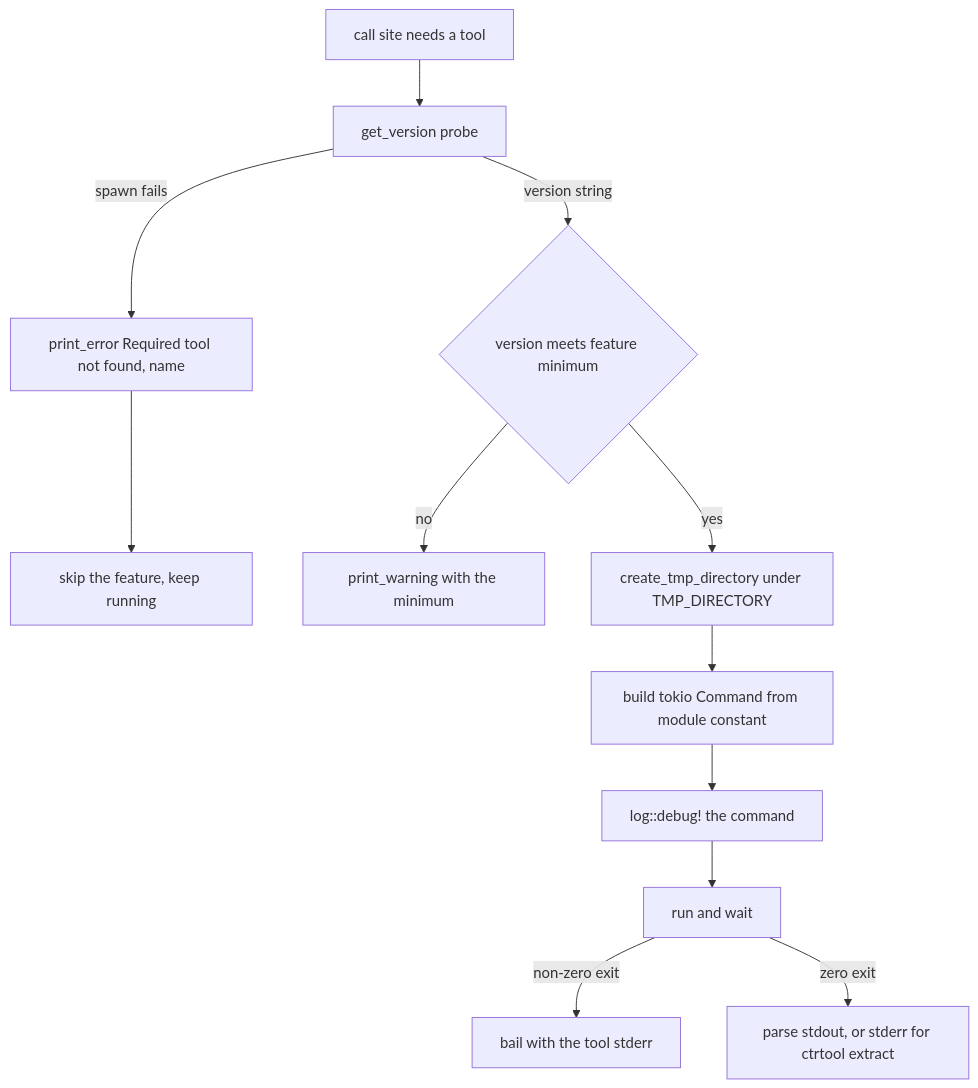
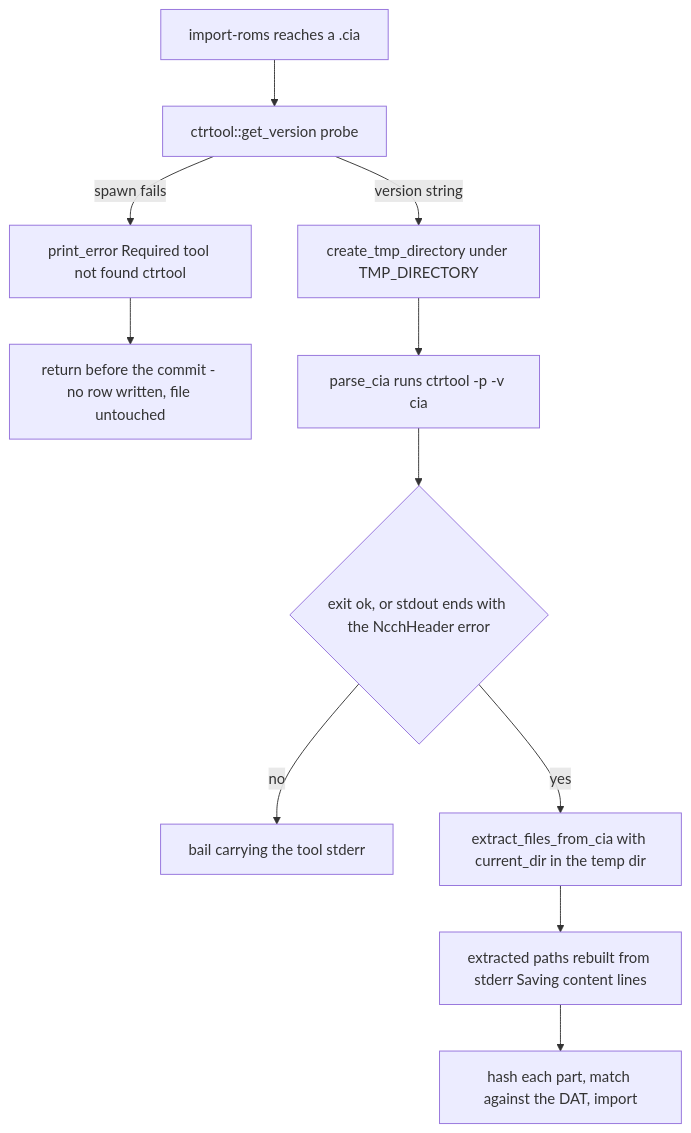
One commit to alucryd/oxyromon changed the diagram in openwiki/integrations/external-tools.md. Above: the diagram before and after it, drawn with Mermaid. The commit also changed other lines of this file and 69 other files, not shown here.

````diff
--- a/openwiki/integrations/external-tools.md
+++ b/openwiki/integrations/external-tools.md
@@ -194,14 +154,13 @@
 ```mermaid
 flowchart TD
-  A["call site needs a tool"] --> B["get_version probe"]
-  B -->|"spawn fails"| C["print_error Required tool not found, name"]
-  C --> D["skip the feature, keep running"]
-  B -->|"version string"| E{"version meets feature minimum"}
-  E -->|"no"| F["print_warning with the minimum"]
-  E -->|"yes"| G["create_tmp_directory under TMP_DIRECTORY"]
-  G --> H["build tokio Command from module constant"]
-  H --> I["log::debug! the command"]
-  I --> J["run and wait"]
-  J -->|"non-zero exit"| K["bail with the tool stderr"]
-  J -->|"zero exit"| L["parse stdout, or stderr for ctrtool extract"]
+  A["import-roms reaches a .cia"] --> B["ctrtool::get_version probe"]
+  B -->|"spawn fails"| C["print_error Required tool not found ctrtool"]
+  C --> D["return before the commit - no row written, file untouched"]
+  B -->|"version string"| E["create_tmp_directory under TMP_DIRECTORY"]
+  E --> F["parse_cia runs ctrtool -p -v cia"]
+  F --> G{"exit ok, or stdout ends with the NcchHeader error"}
+  G -->|"no"| H["bail carrying the tool stderr"]
+  G -->|"yes"| I["extract_files_from_cia with current_dir in the temp dir"]
+  I --> J["extracted paths rebuilt from stderr Saving content lines"]
+  J --> K["hash each part, match against the DAT, import"]
 ```
````
